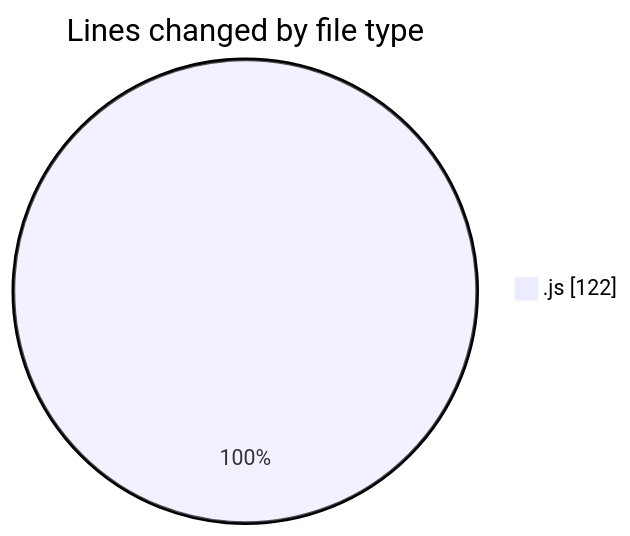
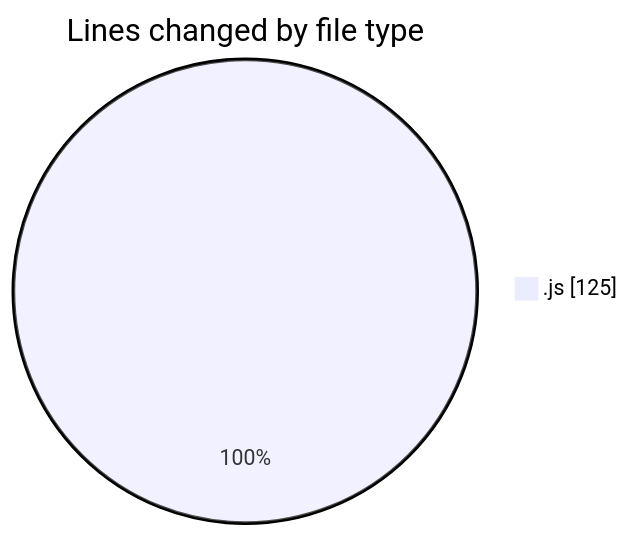
One commit to momahboobian/code-tracking changed the first of 2 diagrams in 2025-08-12/cda/README.md. Above: the diagram before and after it, drawn with Mermaid. The commit also changed other lines of this file and 1 other file, not shown here.

````diff
--- a/2025-08-12/cda/README.md
+++ b/2025-08-12/cda/README.md
@@ -23,5 +23,5 @@
 ```mermaid
 pie showData
 title Lines changed by file type
-".js" : 122
+".js" : 125
 ```
````
